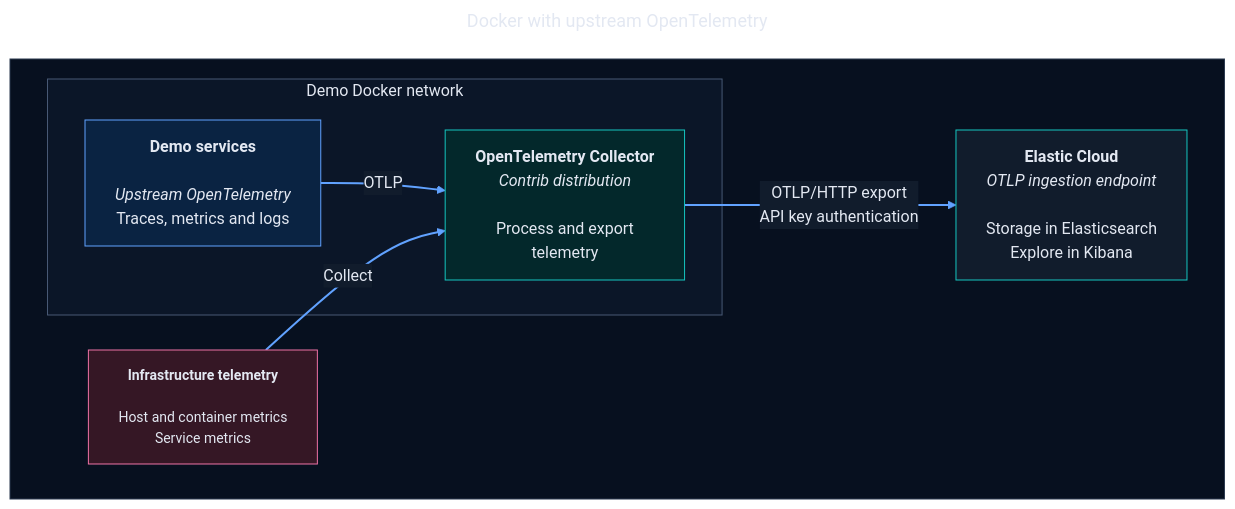
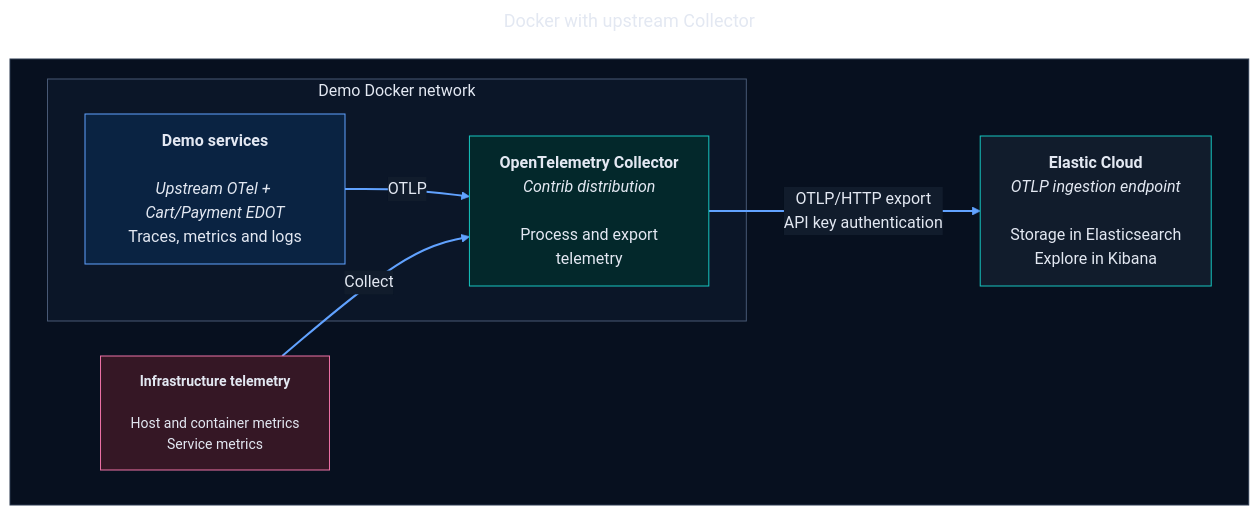
The third of 5 diagrams in .github/README.md (osullivandonal/opentelemetry-demo), drawn with Mermaid before and after one commit. The commit also changed other lines of this file, not shown here.

````diff
--- a/.github/README.md
+++ b/.github/README.md
@@ -240,32 +240,32 @@
 ```mermaid
 ---
-title: Docker with upstream OpenTelemetry
+title: Docker with upstream Collector
 ---
 %%{init: {"theme": "base", "flowchart": {"htmlLabels": true, "titleTopMargin": 24}, "markdownAutoWrap": false, "themeVariables": {"darkMode": true, "fontSize": "16px", "background": "#07101F", "primaryColor": "#0A2342", "primaryTextColor": "#E3E8F2", "primaryBorderColor": "#61A2FF", "lineColor": "#61A2FF", "textColor": "#E3E8F2", "edgeLabelBackground": "#111C2C", "clusterBkg": "#0B1628", "clusterBorder": "#485975"}}}%%
 flowchart LR
     subgraph ARCH[" "]
         direction LR
         subgraph DEMO["Demo Docker network"]
-            APP["<b>Demo services</b><br/><br/><i>Upstream OpenTelemetry</i><br/>Traces, metrics and logs"]
+            APP["<b>Demo services</b><br/><br/><i>Upstream OTel + Cart/Payment EDOT</i><br/>Traces, metrics and logs"]
             COLLECTOR["<b>OpenTelemetry Collector</b><br/><i>Contrib distribution</i><br/><br/>Process and export<br/>telemetry"]
             APP -->|OTLP| COLLECTOR
         end
         HOST["<b>Infrastructure telemetry</b><br/><br/>Host and container metrics<br/>Service metrics"]
         HOST -->|Collect| COLLECTOR
         CLOUD["<b>Elastic Cloud</b><br/><i>OTLP ingestion endpoint</i><br/><br/>Storage in Elasticsearch<br/>Explore in Kibana"]
         COLLECTOR -->|"OTLP/HTTP export<br/>API key authentication"| CLOUD
     end
 
     class APP application
     class COLLECTOR agent
     class HOST source
     class CLOUD backend
     style DEMO fill:#0B1628,stroke:#485975,color:#E3E8F2
     classDef application fill:#0A2342,stroke:#61A2FF,color:#E3E8F2,font-size:16px
     classDef agent fill:#03282B,stroke:#16C5C0,color:#E3E8F2,font-size:16px
     classDef source fill:#351725,stroke:#EE72A6,color:#E3E8F2,font-size:14px
     classDef backend fill:#111C2C,stroke:#16C5C0,color:#E3E8F2,font-size:16px
 
     style ARCH fill:#07101F,stroke:#2B394F,color:#E3E8F2
     linkStyle default stroke:#61A2FF,stroke-width:2px
 ```
````
